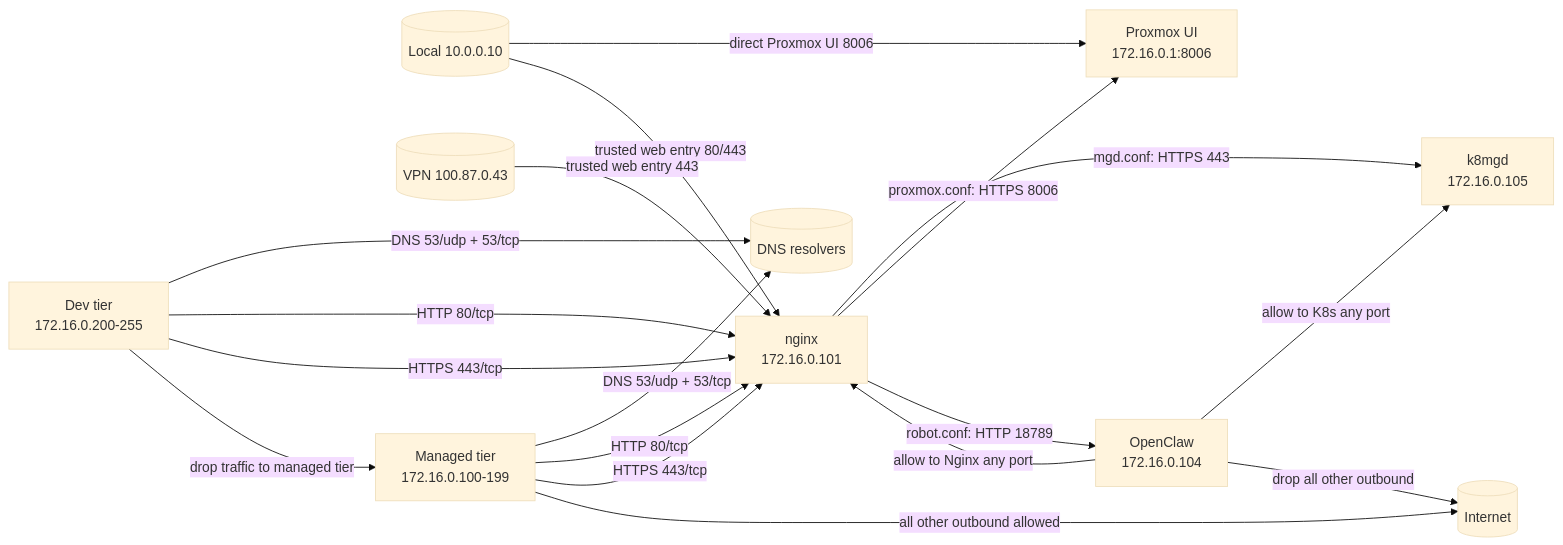
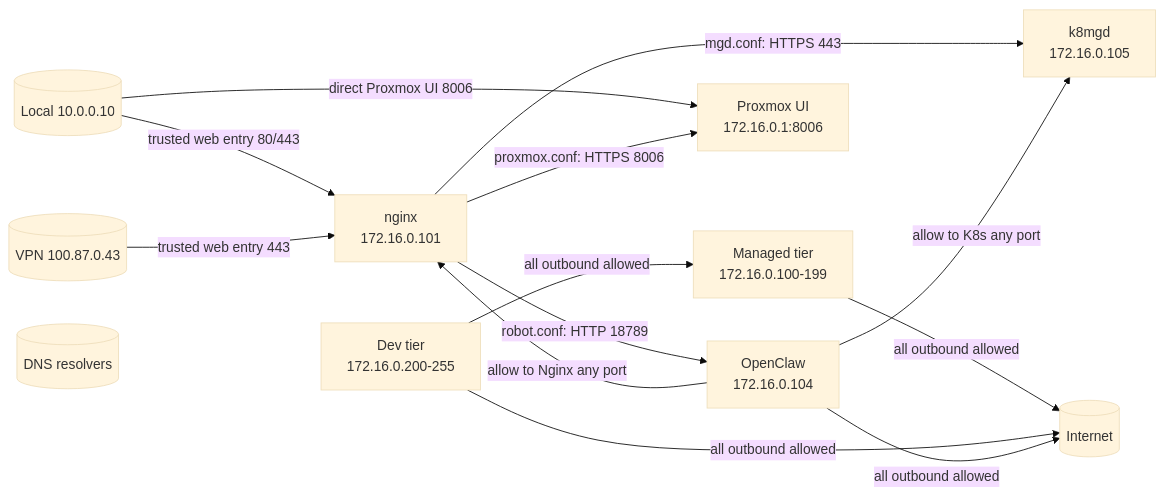
The diagram in infrastructure/terra/proxmox/README.md (nirmalhk7/operationscenter), drawn with Mermaid (base theme) before and after one commit. The commit also changed other lines of this file and 7 other files, not shown here.

Commit message:
feat(proxmox): update firewall rules to allow all outbound traffic

````diff
--- a/infrastructure/terra/proxmox/README.md
+++ b/infrastructure/terra/proxmox/README.md
@@ -9,35 +9,29 @@
 ```mermaid
 flowchart LR
   Local[(Local 10.0.0.10)]
   VPN[(VPN 100.87.0.43)]
   DNS[(DNS resolvers)]
   Internet[(Internet)]
   Nginx["nginx<br/>172.16.0.101"]
   K8s["k8mgd<br/>172.16.0.105"]
   OpenClaw["OpenClaw<br/>172.16.0.104"]
   ProxmoxUI["Proxmox UI<br/>172.16.0.1:8006"]
   ManagedNet["Managed tier<br/>172.16.0.100-199"]
   DevNet["Dev tier<br/>172.16.0.200-255"]
 
   Local -->|direct Proxmox UI 8006| ProxmoxUI
   Local -->|trusted web entry 80/443| Nginx
   VPN -->|trusted web entry 443| Nginx
 
   Nginx -->|mgd.conf: HTTPS 443| K8s
   Nginx -->|proxmox.conf: HTTPS 8006| ProxmoxUI
   Nginx -->|robot.conf: HTTP 18789| OpenClaw
 
-  ManagedNet -->|DNS 53/udp + 53/tcp| DNS
-  ManagedNet -->|HTTP 80/tcp| Nginx
-  ManagedNet -->|HTTPS 443/tcp| Nginx
-  ManagedNet -->|all other outbound allowed| Internet
-
-  DevNet -->|DNS 53/udp + 53/tcp| DNS
-  DevNet -->|HTTP 80/tcp| Nginx
-  DevNet -->|HTTPS 443/tcp| Nginx
-  DevNet -->|drop traffic to managed tier| ManagedNet
+  ManagedNet -->|all outbound allowed| Internet
+  DevNet -->|all outbound allowed| Internet
+  DevNet -->|all outbound allowed| ManagedNet
 
   OpenClaw -->|allow to Nginx any port| Nginx
   OpenClaw -->|allow to K8s any port| K8s
-  OpenClaw -->|drop all other outbound| Internet
+  OpenClaw -->|all outbound allowed| Internet
 ```
````
